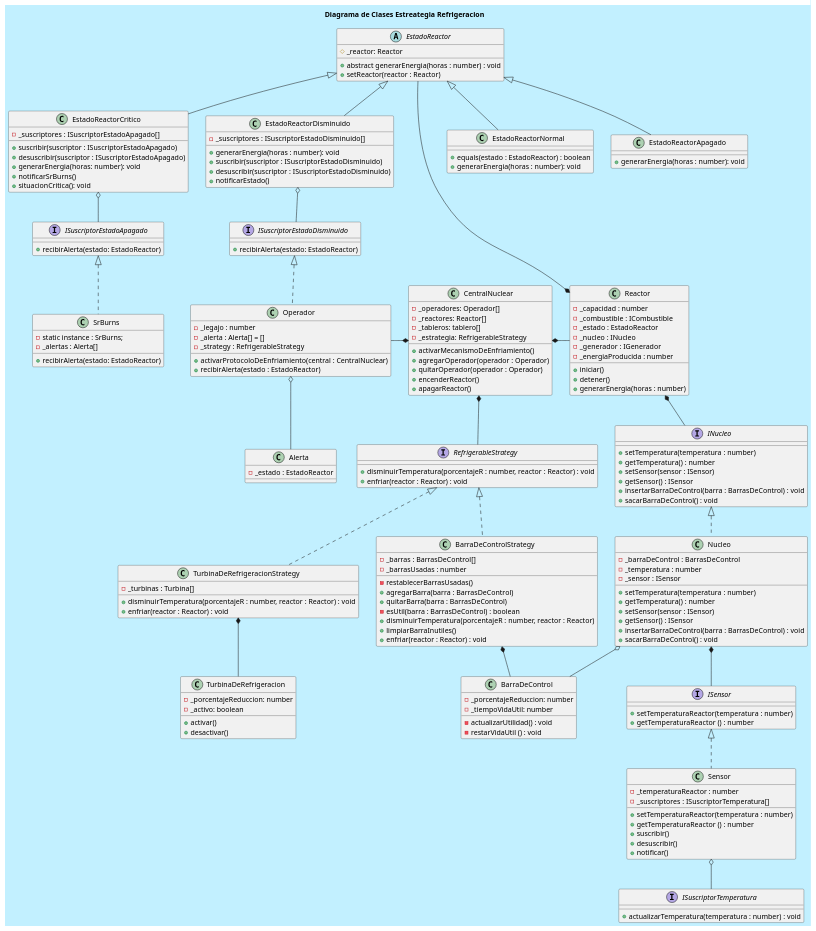
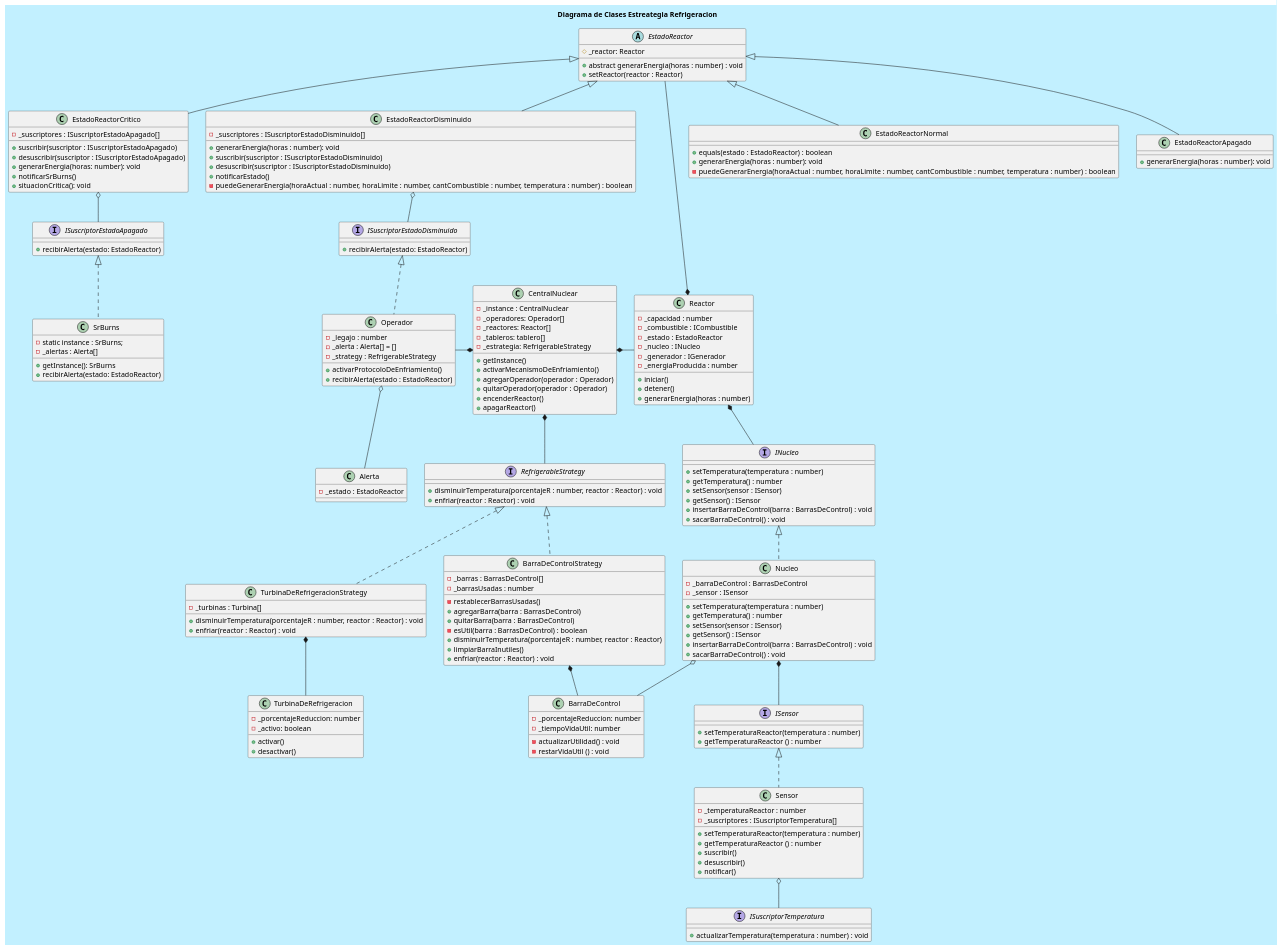
The diagram in diagramas/DiagramaDeClasesRefrigeracion.puml (fedef1982/Trabajo-Practico-Laboratorio3-2024-Reactor-Nuclear), drawn with PlantUML before and after one commit.

```diff
--- a/diagramas/DiagramaDeClasesRefrigeracion.puml
+++ b/diagramas/DiagramaDeClasesRefrigeracion.puml
@@ -25,11 +25,13 @@
 
 ' Clases
 class CentralNuclear{
+    - _instance : CentralNuclear
     - _operadores: Operador[]
     - _reactores: Reactor[]
     - _tableros: tablero[]
     - _estrategia: RefrigerableStrategy
     
+    + getInstance()
     + activarMecanismoDeEnfriamiento()
     + agregarOperador(operador : Operador)
     + quitarOperador(operador : Operador)
@@ -81,7 +83,6 @@
 
 class Nucleo implements INucleo{
     - _barraDeControl : BarrasDeControl
-    - _temperatura : number
     - _sensor : ISensor
         
     + setTemperatura(temperatura : number)
@@ -165,11 +166,13 @@
     + suscribir(suscriptor : ISuscriptorEstadoDisminuido)
     + desuscribir(suscriptor : ISuscriptorEstadoDisminuido)
     + notificarEstado()
- }
+    - puedeGenerarEnergia(horaActual : number, horaLimite : number, cantCombustible : number, temperatura : number) : boolean
+}
 
 class EstadoReactorNormal extends EstadoReactor{
     + equals(estado : EstadoReactor) : boolean
     + generarEnergia(horas : number): void
+    - puedeGenerarEnergia(horaActual : number, horaLimite : number, cantCombustible : number, temperatura : number) : boolean
 }
 
 class EstadoReactorApagado extends EstadoReactor{
@@ -181,7 +184,7 @@
     - _alerta : Alerta[] = []
     - _strategy : RefrigerableStrategy
 
-    + activarProtocoloDeEnfriamiento(central : CentralNuclear)
+    + activarProtocoloDeEnfriamiento()
     + recibirAlerta(estado : EstadoReactor)
 }
 
@@ -189,6 +192,7 @@
     -  static instance : SrBurns;
     - _alertas : Alerta[]
 
+    + getInstance(): SrBurns
     + recibirAlerta(estado: EstadoReactor)
 }
 
```
